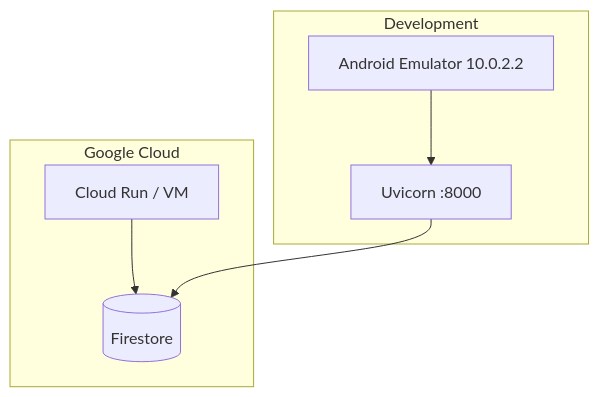
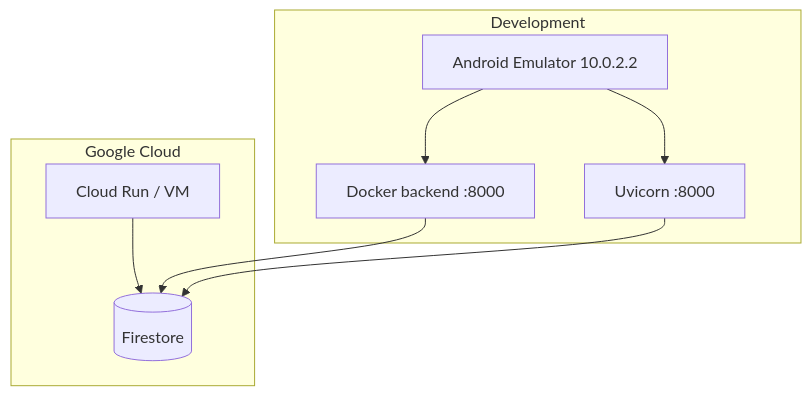
Before and after one commit to yahav97/final_project_AthleAgent: the sixth of 6 diagrams in backend/docs/HLD.md, drawn with Mermaid. The commit also changed other lines of this file and 18 other files, not shown here.

First line of the commit message:
Enhance documentation for Docker setup and backend operation

````diff
--- a/backend/docs/HLD.md
+++ b/backend/docs/HLD.md
@@ -275,16 +275,19 @@
 ```mermaid
 flowchart TB
     subgraph GCP["Google Cloud"]
         FS[(Firestore)]
         CR[Cloud Run / VM]
     end
 
     subgraph Local["Development"]
+        Docker[Docker backend :8000]
         UV[Uvicorn :8000]
         Emulator[Android Emulator 10.0.2.2]
     end
 
+    Emulator --> Docker
     Emulator --> UV
     CR --> FS
+    Docker --> FS
     UV --> FS
 ```
````
